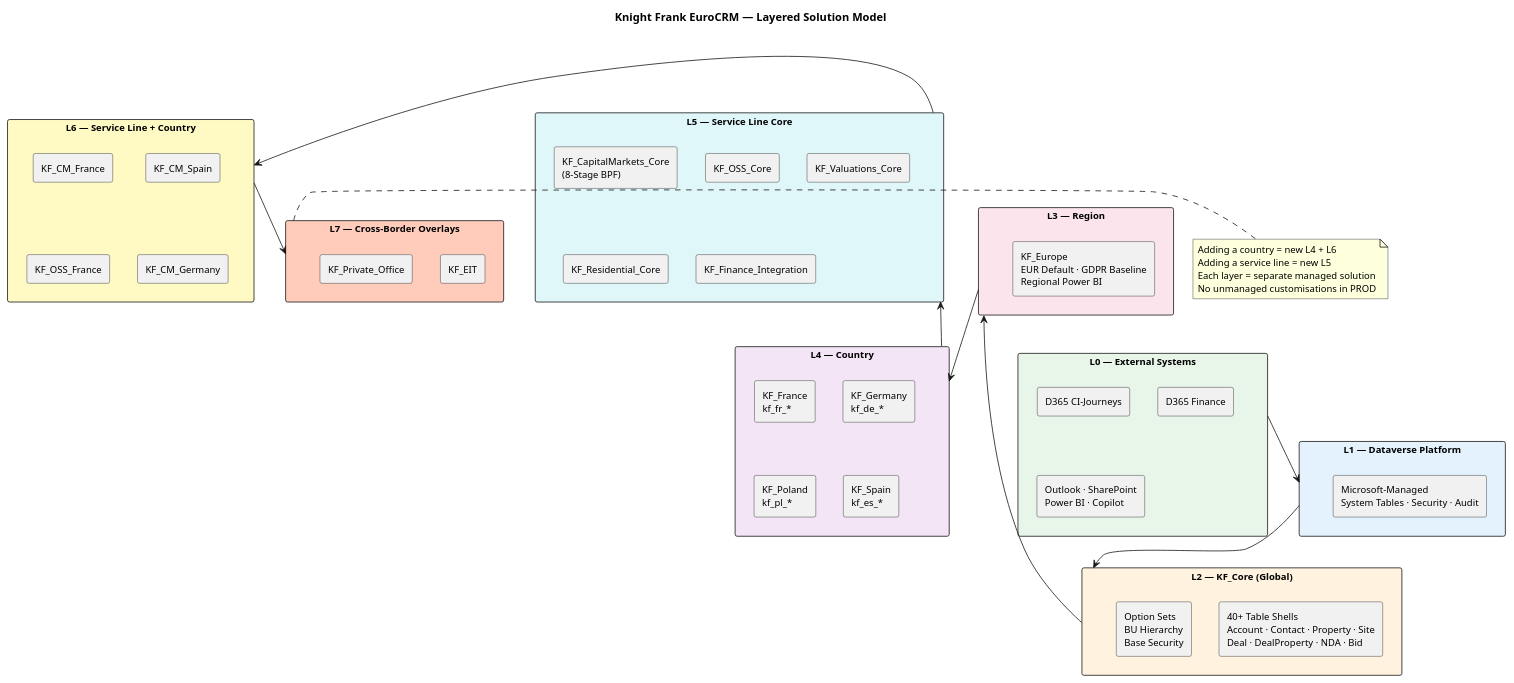
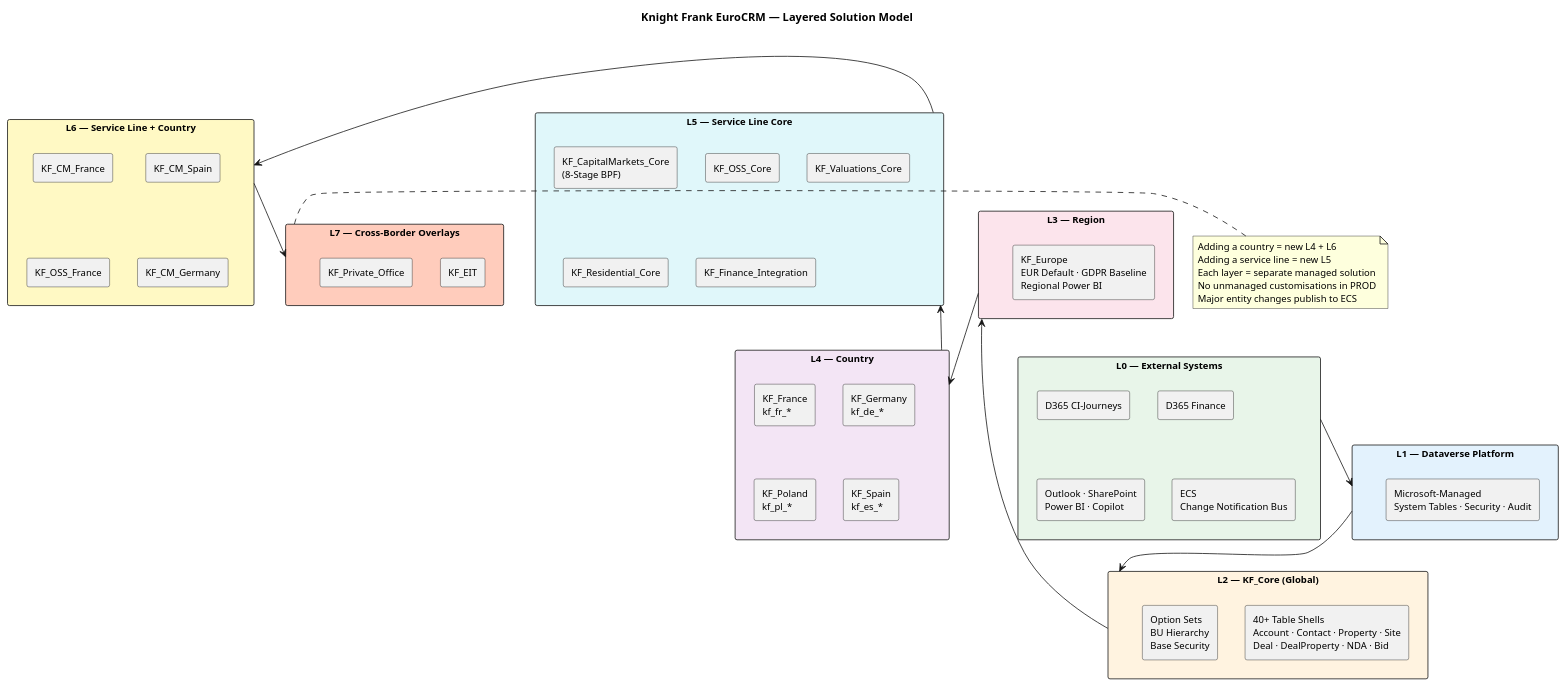
The diagram in POC-EuroCRM-Vault/wiki/architecture-layers.puml (newportg/POC-EuroCRM), drawn with PlantUML before and after one commit. The commit also changed 15 other files, not shown here.

```diff
--- a/POC-EuroCRM-Vault/wiki/architecture-layers.puml
+++ b/POC-EuroCRM-Vault/wiki/architecture-layers.puml
@@ -1,71 +1,73 @@
 @startuml EuroCRM Layered Architecture
 
 title Knight Frank EuroCRM — Layered Solution Model
 
 'skinparam backgroundColor #FEFEFE
 skinparam defaultFontName Segoe UI
 skinparam defaultFontSize 12
 skinparam packageStyle rectangle
 
 package "L7 — Cross-Border Overlays" as L7 #FFCCBC {
   rectangle "KF_EIT" as EIT
   rectangle "KF_Private_Office" as PO
 }
 
 package "L6 — Service Line + Country" as L6 #FFF9C4 {
   rectangle "KF_CM_France" as CMFR
   rectangle "KF_CM_Spain" as CMES
   rectangle "KF_OSS_France" as OSSFR
   rectangle "KF_CM_Germany" as CMDE
 }
 
 package "L5 — Service Line Core" as L5 #E0F7FA {
   rectangle "KF_CapitalMarkets_Core\n(8-Stage BPF)" as CM
   rectangle "KF_OSS_Core" as OSS
   rectangle "KF_Valuations_Core" as VAL
   rectangle "KF_Residential_Core" as RES
   rectangle "KF_Finance_Integration" as FIN
 }
 
 package "L4 — Country" as L4 #F3E5F5 {
   rectangle "KF_France\nkf_fr_*" as FR
   rectangle "KF_Germany\nkf_de_*" as DE
   rectangle "KF_Poland\nkf_pl_*" as PL
   rectangle "KF_Spain\nkf_es_*" as ES
 }
 
 package "L3 — Region" as L3 #FCE4EC {
   rectangle "KF_Europe\nEUR Default · GDPR Baseline\nRegional Power BI" as EUR
 }
 
 package "L2 — KF_Core (Global)" as L2 #FFF3E0 {
   rectangle "40+ Table Shells\nAccount · Contact · Property · Site\nDeal · DealProperty · NDA · Bid" as TABLES
   rectangle "Option Sets\nBU Hierarchy\nBase Security" as CONFIG
 }
 
 package "L1 — Dataverse Platform" as L1 #E3F2FD {
   rectangle "Microsoft-Managed\nSystem Tables · Security · Audit" as DV
 }
 
 package "L0 — External Systems" as L0 #E8F5E9 {
   rectangle "D365 CI-Journeys" as CIJ
   rectangle "D365 Finance" as FIN_EXT
   rectangle "Outlook · SharePoint\nPower BI · Copilot" as M365
+  rectangle "ECS\nChange Notification Bus" as ECS_EXT
 }
 
 L0 -down-> L1
 L1 -down-> L2
 L2 -down-> L3
 L3 -down-> L4
 L4 -down-> L5
 L5 -down-> L6
 L6 -down-> L7
 
 note right of L7
   Adding a country = new L4 + L6
   Adding a service line = new L5
   Each layer = separate managed solution
   No unmanaged customisations in PROD
+  Major entity changes publish to ECS
 end note
 
 @enduml
```
